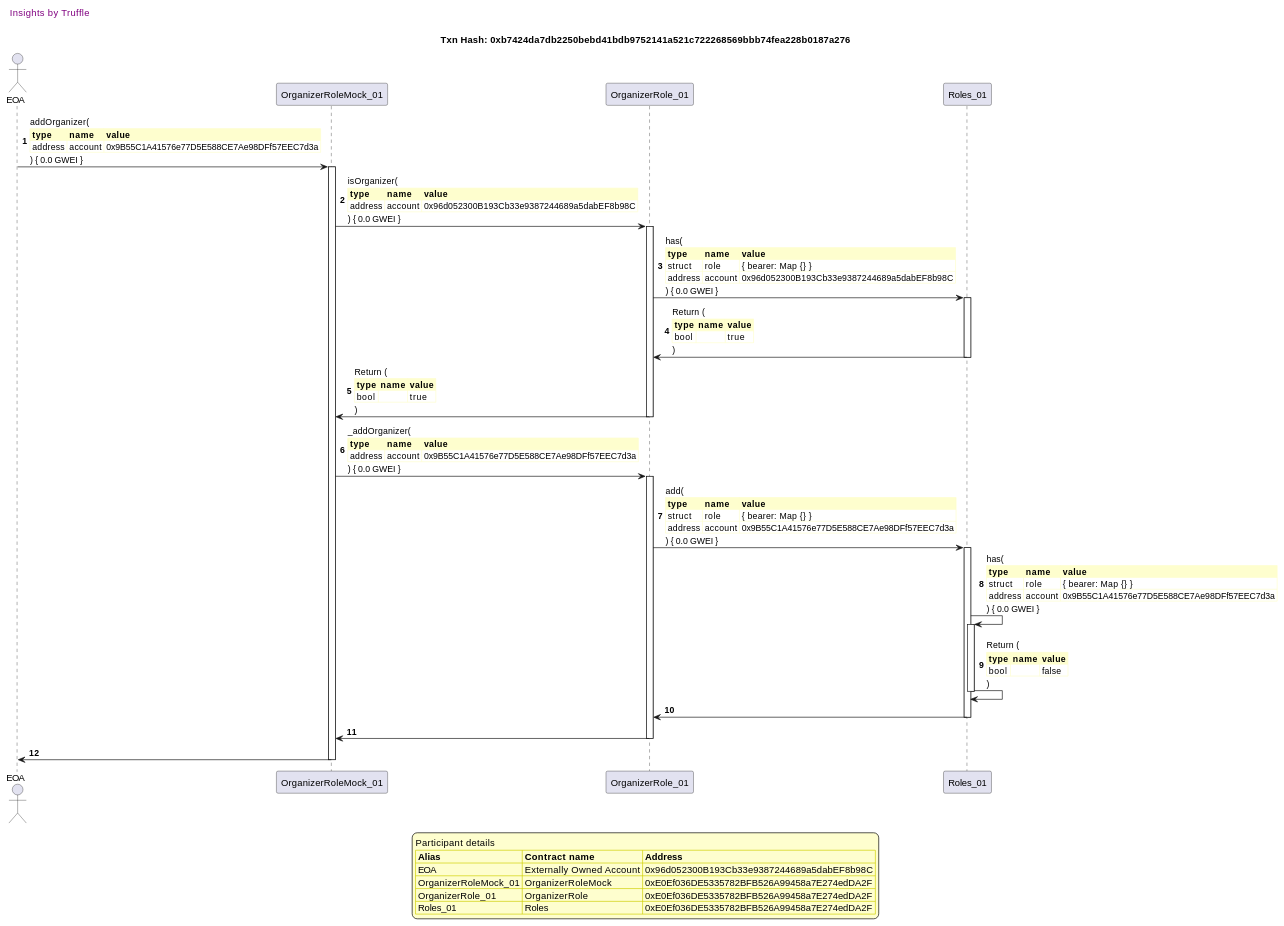
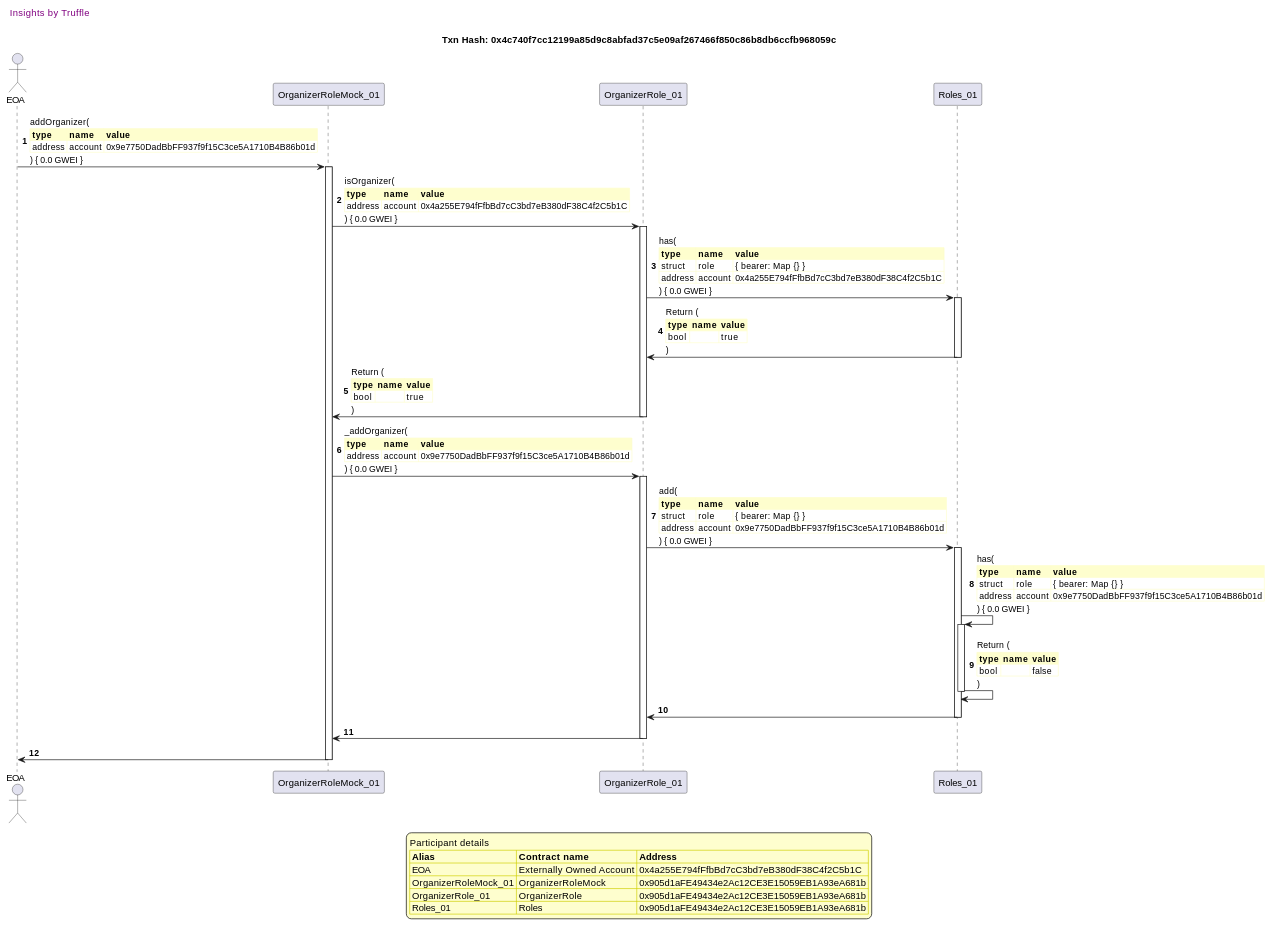
One commit to fodisi/hackapay changed the second of 41 diagrams in truffle-seq/roles_organizerrole.md. Above: the diagram before and after it, drawn with PlantUML. The commit also changed other lines of this file and 10 other files, not shown here.

````diff
--- a/truffle-seq/roles_organizerrole.md
+++ b/truffle-seq/roles_organizerrole.md
@@ -80,81 +80,81 @@
 ```plantuml
 
 
 @startuml
 
 autonumber
 skinparam legendBackgroundColor #FEFECE
 
 <style>
       header {
         HorizontalAlignment left
         FontColor purple
         FontSize 14
         Padding 10
       }
     </style>
 
 header Insights by Truffle
 
-title Txn Hash: 0xb7424da7db2250bebd41bdb9752141a521c722268569bbb74fea228b0187a276
+title Txn Hash: 0x4c740f7cc12199a85d9c8abfad37c5e09af267466f850c86b8db6ccfb968059c
 
 
 actor EOA as "EOA"
 participant OrganizerRoleMock_01 as "OrganizerRoleMock_01"
 participant OrganizerRole_01 as "OrganizerRole_01"
 participant Roles_01 as "Roles_01"
 
 "EOA" -> "OrganizerRoleMock_01" ++: addOrganizer(\n\
 <#FEFECE,#FEFECE>|= type |= name |= value |\n\
-| address | account | 0x9B55C1A41576e77D5E588CE7Ae98DFf57EEC7d3a |\n\
+| address | account | 0x9e7750DadBbFF937f9f15C3ce5A1710B4B86b01d |\n\
 ) { 0.0 GWEI }
 "OrganizerRoleMock_01" -> "OrganizerRole_01" ++: isOrganizer(\n\
 <#FEFECE,#FEFECE>|= type |= name |= value |\n\
-| address | account | 0x96d052300B193Cb33e9387244689a5dabEF8b98C |\n\
+| address | account | 0x4a255E794fFfbBd7cC3bd7eB380dF38C4f2C5b1C |\n\
 ) { 0.0 GWEI }
 "OrganizerRole_01" -> "Roles_01" ++: has(\n\
 <#FEFECE,#FEFECE>|= type |= name |= value |\n\
 | struct | role | { bearer: Map {} } |\n\
-| address | account | 0x96d052300B193Cb33e9387244689a5dabEF8b98C |\n\
+| address | account | 0x4a255E794fFfbBd7cC3bd7eB380dF38C4f2C5b1C |\n\
 ) { 0.0 GWEI }
 "Roles_01" -> "OrganizerRole_01" --: Return (\n\
 <#FEFECE,#FEFECE>|= type |= name |= value |\n\
 | bool |  | true |\n\
 )
 "OrganizerRole_01" -> "OrganizerRoleMock_01" --: Return (\n\
 <#FEFECE,#FEFECE>|= type |= name |= value |\n\
 | bool |  | true |\n\
 )
 "OrganizerRoleMock_01" -> "OrganizerRole_01" ++: _addOrganizer(\n\
 <#FEFECE,#FEFECE>|= type |= name |= value |\n\
-| address | account | 0x9B55C1A41576e77D5E588CE7Ae98DFf57EEC7d3a |\n\
+| address | account | 0x9e7750DadBbFF937f9f15C3ce5A1710B4B86b01d |\n\
 ) { 0.0 GWEI }
 "OrganizerRole_01" -> "Roles_01" ++: add(\n\
 <#FEFECE,#FEFECE>|= type |= name |= value |\n\
 | struct | role | { bearer: Map {} } |\n\
-| address | account | 0x9B55C1A41576e77D5E588CE7Ae98DFf57EEC7d3a |\n\
+| address | account | 0x9e7750DadBbFF937f9f15C3ce5A1710B4B86b01d |\n\
 ) { 0.0 GWEI }
 "Roles_01" -> "Roles_01" ++: has(\n\
 <#FEFECE,#FEFECE>|= type |= name |= value |\n\
 | struct | role | { bearer: Map {} } |\n\
-| address | account | 0x9B55C1A41576e77D5E588CE7Ae98DFf57EEC7d3a |\n\
+| address | account | 0x9e7750DadBbFF937f9f15C3ce5A1710B4B86b01d |\n\
 ) { 0.0 GWEI }
 "Roles_01" -> "Roles_01" --: Return (\n\
 <#FEFECE,#FEFECE>|= type |= name |= value |\n\
 | bool |  | false |\n\
 )
 "Roles_01" -> "OrganizerRole_01" --: 
 "OrganizerRole_01" -> "OrganizerRoleMock_01" --: 
 "OrganizerRoleMock_01" -> "EOA" --: 
 
 legend
 Participant details
 <#FEFECE,#D0D000>|= Alias |= Contract name |= Address |
-<#FEFECE>| EOA | Externally Owned Account | 0x96d052300B193Cb33e9387244689a5dabEF8b98C |
-<#FEFECE>| OrganizerRoleMock_01 | OrganizerRoleMock | 0xE0Ef036DE5335782BFB526A99458a7E274edDA2F |
-<#FEFECE>| OrganizerRole_01 | OrganizerRole | 0xE0Ef036DE5335782BFB526A99458a7E274edDA2F |
-<#FEFECE>| Roles_01 | Roles | 0xE0Ef036DE5335782BFB526A99458a7E274edDA2F |
+<#FEFECE>| EOA | Externally Owned Account | 0x4a255E794fFfbBd7cC3bd7eB380dF38C4f2C5b1C |
+<#FEFECE>| OrganizerRoleMock_01 | OrganizerRoleMock | 0x905d1aFE49434e2Ac12CE3E15059EB1A93eA681b |
+<#FEFECE>| OrganizerRole_01 | OrganizerRole | 0x905d1aFE49434e2Ac12CE3E15059EB1A93eA681b |
+<#FEFECE>| Roles_01 | Roles | 0x905d1aFE49434e2Ac12CE3E15059EB1A93eA681b |
 endlegend
 
 @enduml
 ```
````
